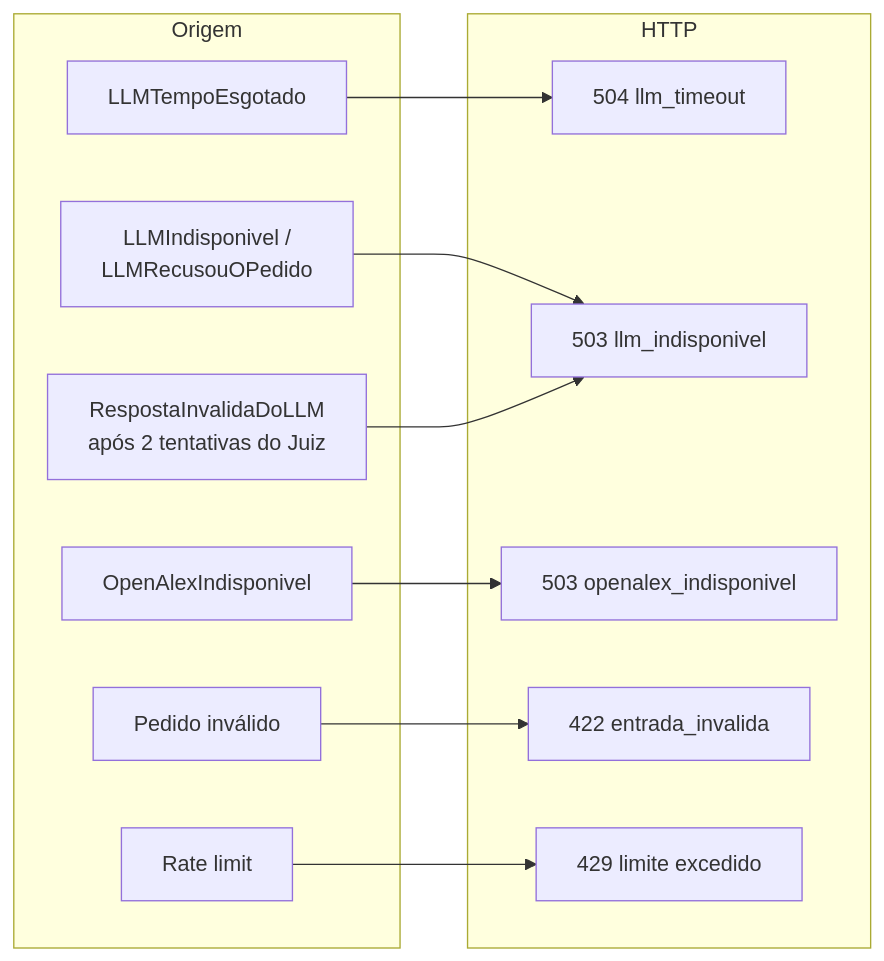
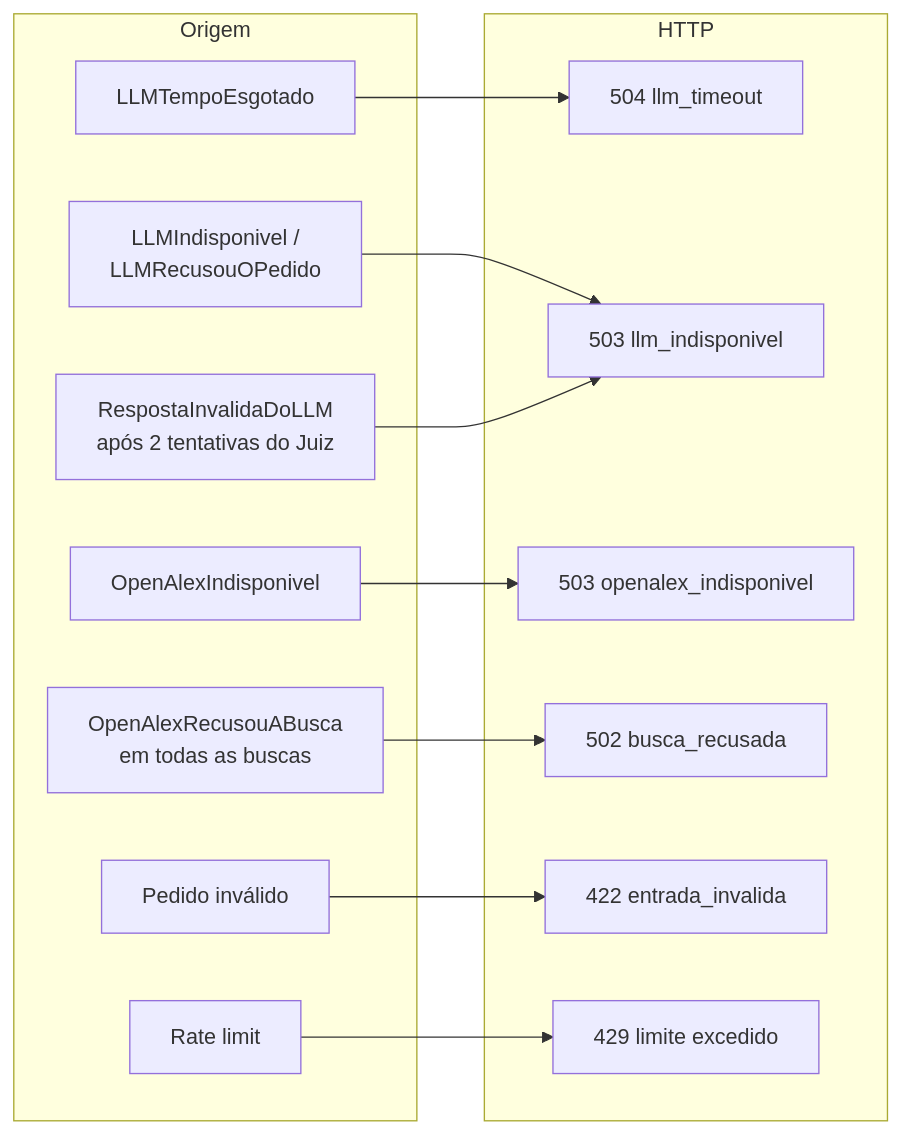
Before and after one commit to unb-Sistemas-de-Machine-learning/challenge_1_arial_12: diagram 20 of 21 in docs/pages/fluxo_agentes.md, drawn with Mermaid. The commit also changed other lines of this file and 12 other files, not shown here.

````diff
--- a/docs/pages/fluxo_agentes.md
+++ b/docs/pages/fluxo_agentes.md
@@ -616,24 +617,27 @@
 ```mermaid
 flowchart LR
     subgraph Origem
         e1["LLMTempoEsgotado"]
         e2["LLMIndisponivel /<br/>LLMRecusouOPedido"]
         e3["RespostaInvalidaDoLLM<br/>após 2 tentativas do Juiz"]
         e4["OpenAlexIndisponivel"]
+        e4b["OpenAlexRecusouABusca<br/>em todas as buscas"]
         e5["Pedido inválido"]
         e6["Rate limit"]
     end
     subgraph HTTP
         r504["504 llm_timeout"]
         r503a["503 llm_indisponivel"]
         r503b["503 openalex_indisponivel"]
+        r502["502 busca_recusada"]
         r422["422 entrada_invalida"]
         r429["429 limite excedido"]
     end
     e1 --> r504
     e2 --> r503a
     e3 --> r503a
     e4 --> r503b
+    e4b --> r502
     e5 --> r422
     e6 --> r429
 ```
````
